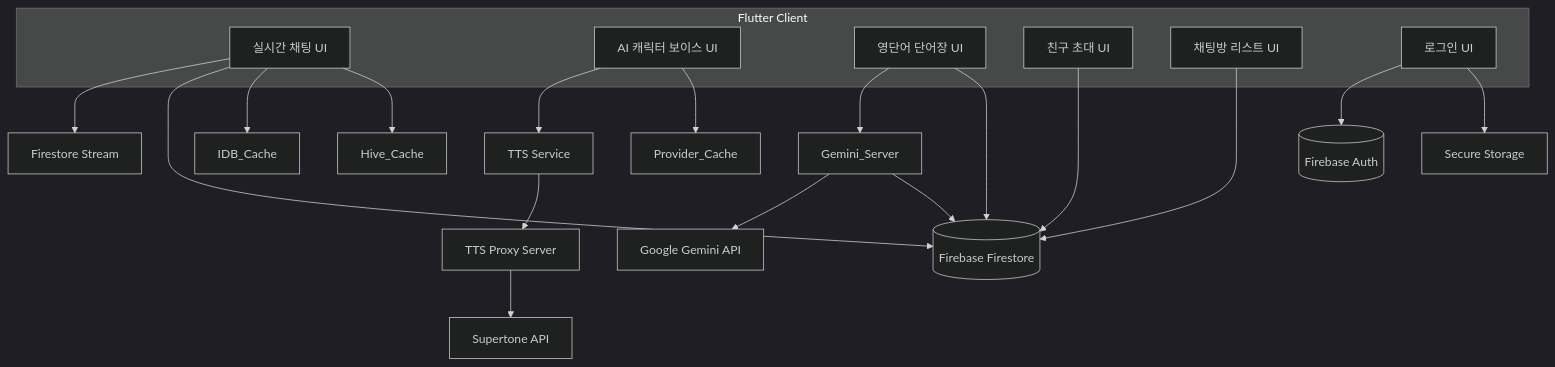
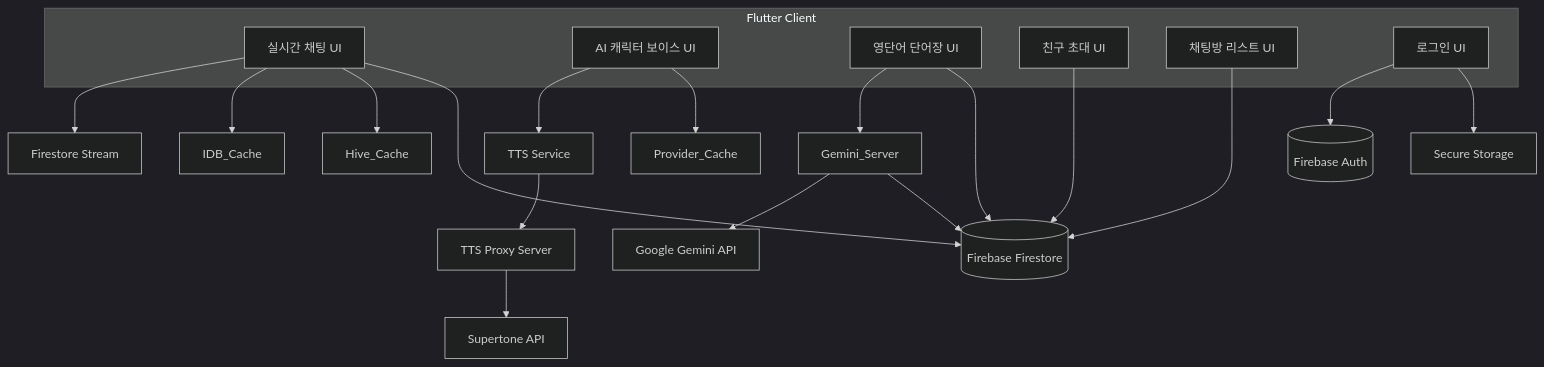
Before and after one commit to 8848man/machat: the diagram in README.md, drawn with Mermaid (dark theme). The commit also changed other lines of this file, not shown here.

````diff
--- a/README.md
+++ b/README.md
@@ -20,45 +20,45 @@
 ```mermaid
 graph TB
 
     %% --- 클라이언트 ---
     subgraph Client[Flutter Client]
         ChatUI[실시간 채팅 UI]
         VoiceUI[AI 캐릭터 보이스 UI]
         VocabUI[영단어 단어장 UI]
         InviteUI[친구 초대 UI]
         RoomListUI[채팅방 리스트 UI]
         LoginUI[로그인 UI]
     end
     
     %% --- Firebase 공통 (먼저 정의) ---
     FS_DB[(Firebase Firestore)]
     FB_Auth[(Firebase Auth)]
     
-    %% --- 실시간 채팅 ---
-    ChatUI --> FS_Stream[Firestore Stream];
-    ChatUI --> FS_DB;
-    ChatUI --> Web_Cache[IDB_Cache];
-    ChatUI --> Mobile_Cache[Hive_Cache];
-    Gemini_Server --> Gemini_API[Google Gemini API];
-    
     %% --- AI 캐릭터 보이스 ---
     VoiceUI --> TTS_Service[TTS Service];
     VoiceUI --> Provider_Cache[Provider_Cache];
     TTS_Service --> TTS_Proxy[TTS Proxy Server];
     TTS_Proxy --> Supertone[Supertone API];
+    
+    %% --- 실시간 채팅 ---
+    ChatUI --> FS_Stream[Firestore Stream];
+    ChatUI --> Web_Cache[IDB_Cache];
+    ChatUI --> Mobile_Cache[Hive_Cache];
+    ChatUI --> FS_DB;
+    Gemini_Server --> Gemini_API[Google Gemini API];
     
     %% --- 단어장 기능 ---
     VocabUI --> Gemini_Server;
     VocabUI --> FS_DB;
     Gemini_Server --> FS_DB;
     
     %% --- 친구 초대 ---
     InviteUI --> FS_DB;
     
     %% --- 채팅방 리스트 관리 ---
     RoomListUI --> FS_DB;
     
     %% --- 로그인 기능 ---
     LoginUI --> FB_Auth;
     LoginUI --> SecureStorage[Secure Storage];
 ```
````
